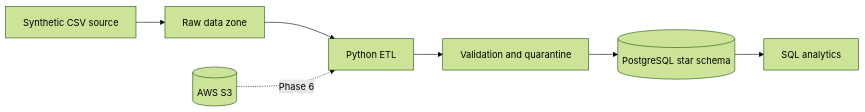
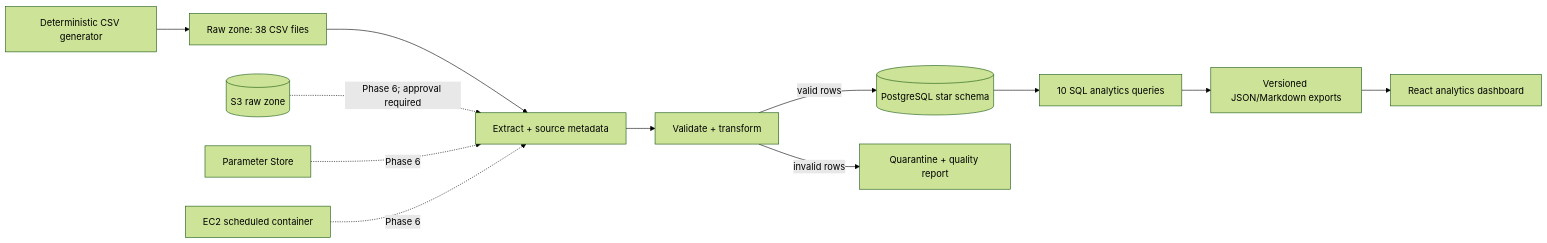
Before and after one commit to ZohairShakir/Data-Engineering-Pipeline.: the diagram in README.md, drawn with Mermaid (forest theme). The commit also changed other lines of this file and 75 other files, not shown here.

Commit message:
feat: complete local ETL analytics dashboard

````diff
--- a/README.md
+++ b/README.md
@@ -23,9 +37,15 @@
 ```mermaid
 flowchart LR
-    A[Synthetic CSV source] --> B[Raw data zone]
-    B --> C[Python ETL]
-    C --> D[Validation and quarantine]
-    D --> E[(PostgreSQL star schema)]
-    E --> F[SQL analytics]
-    S3[(AWS S3)] -. Phase 6 .-> C
+    A[Deterministic CSV generator] --> B[Raw zone: 38 CSV files]
+    B --> C[Extract + source metadata]
+    C --> D[Validate + transform]
+    D -->|valid rows| E[(PostgreSQL star schema)]
+    D -->|invalid rows| Q[Quarantine + quality report]
+    E --> S[10 SQL analytics queries]
+    S --> J[Versioned JSON/Markdown exports]
+    J --> U[React analytics dashboard]
+
+    S3[(S3 raw zone)] -. Phase 6; approval required .-> C
+    SSM[Parameter Store] -. Phase 6 .-> C
+    EC2[EC2 scheduled container] -. Phase 6 .-> C
 ```
````
